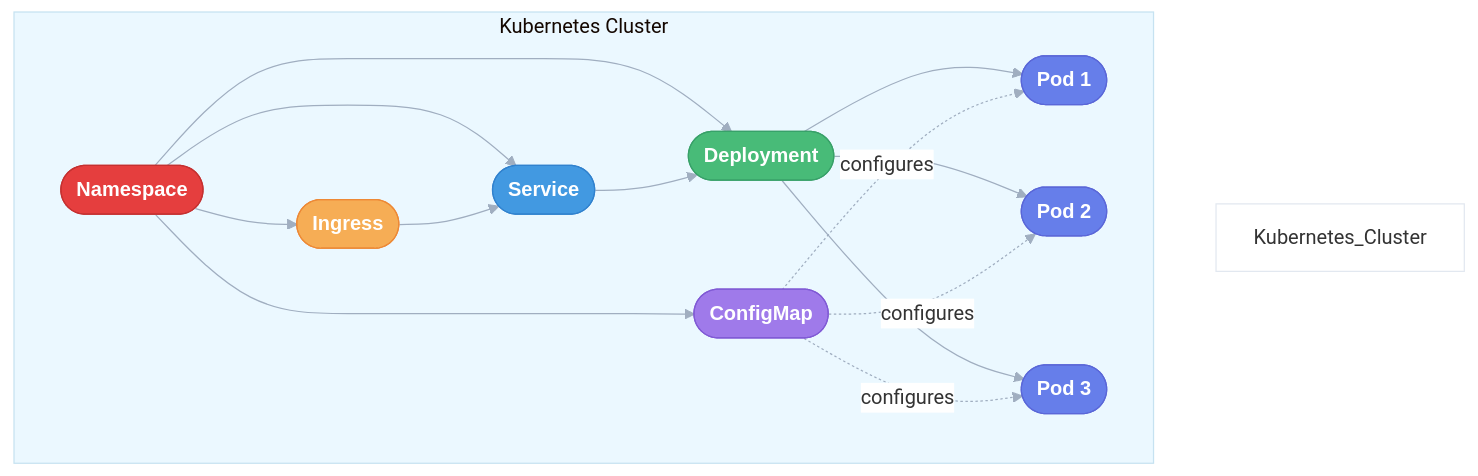
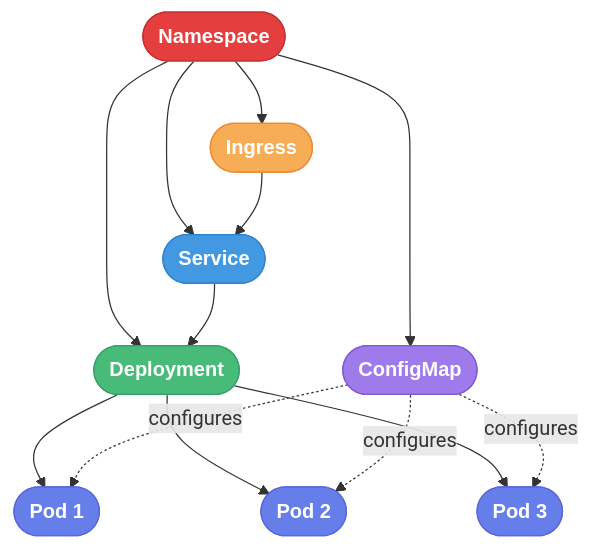
One commit to DanorSODA/Devops-Course-Final-Project changed the third of 4 diagrams in README.md. Above: the diagram before and after it, drawn with Mermaid. The commit also changed other lines of this file, not shown here.

````diff
--- a/README.md
+++ b/README.md
@@ -112,38 +98,24 @@
 ```mermaid
-%%{init: {
-  'theme': 'base',
-  'themeVariables': {
-    'primaryColor': '#667eea',
-    'edgeLabelBackground':'#ffffff',
-    'tertiaryColor': '#ebf8ff',
-    'lineColor': '#a0aec0',
-    'fontFamily': 'arial',
-    'fontSize': '16px'
-  }
-}}%%
 graph TD
-    subgraph "Kubernetes Cluster"
-        style Kubernetes_Cluster fill:#ffffff,stroke:#e2e8f0
-        N([Namespace]):::namespace --> A([Ingress]):::ingress
-        N --> B([Service]):::svc
-        N --> C([Deployment]):::deploy
-        N --> G([ConfigMap]):::config
+    N([Namespace]):::namespace --> A([Ingress]):::ingress
+    N --> B([Service]):::svc
+    N --> C([Deployment]):::deploy
+    N --> G([ConfigMap]):::config
 
-        A --> B
-        B --> C
-        C --> D([Pod 1]):::pod
-        C --> E([Pod 2]):::pod
-        C --> F([Pod 3]):::pod
+    A --> B
+    B --> C
+    C --> D([Pod 1]):::pod
+    C --> E([Pod 2]):::pod
+    C --> F([Pod 3]):::pod
 
-        G -.configures.-> D
-        G -.configures.-> E
-        G -.configures.-> F
-    end
+    G -.configures.-> D
+    G -.configures.-> E
+    G -.configures.-> F
 
     classDef namespace fill:#e53e3e,stroke:#c53030,color:#fff,font-family:arial,font-weight:bold
     classDef ingress fill:#f6ad55,stroke:#ed8936,color:#fff,font-family:arial,font-weight:bold
     classDef svc fill:#4299e1,stroke:#3182ce,color:#fff,font-family:arial,font-weight:bold
     classDef deploy fill:#48bb78,stroke:#38a169,color:#fff,font-family:arial,font-weight:bold
     classDef pod fill:#667eea,stroke:#5a67d8,color:#fff,font-family:arial,font-weight:bold
     classDef config fill:#9f7aea,stroke:#805ad5,color:#fff,font-family:arial,font-weight:bold
 ```
````
